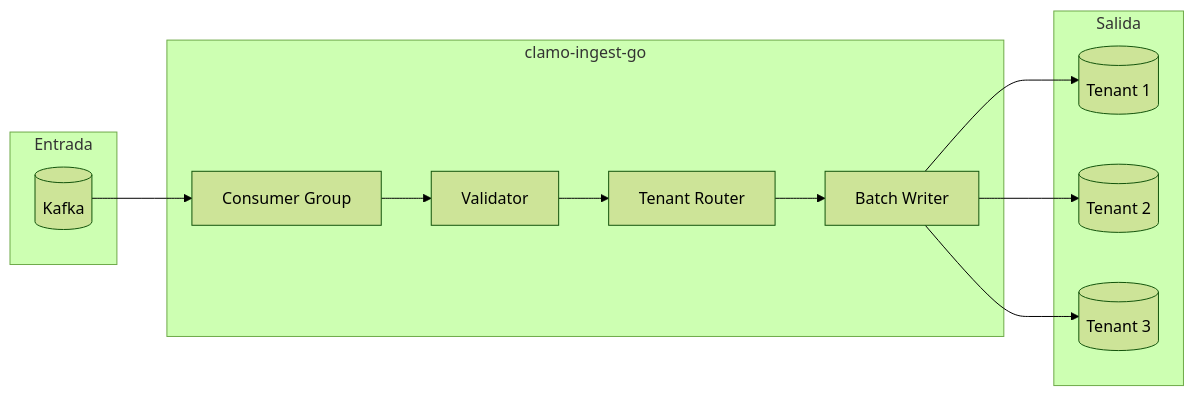
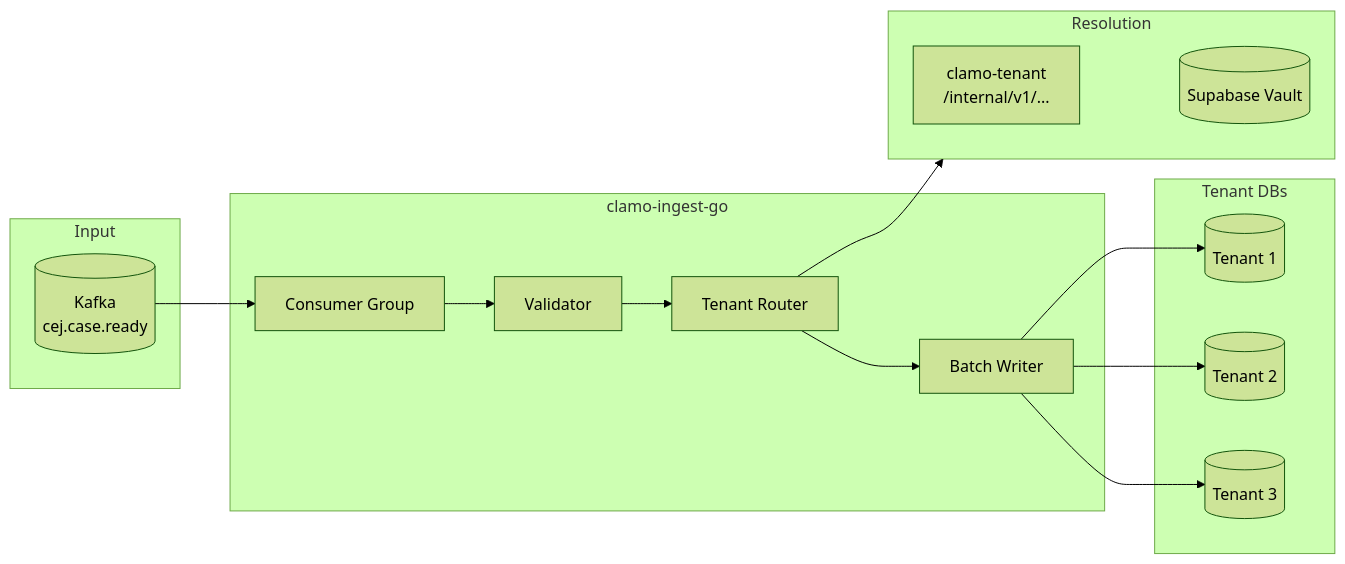
One commit to GetClamo/docs changed the diagram in en/services/clamo-ingest-go.mdx. Above: the diagram before and after it, drawn with Mermaid (forest theme). The commit also changed other lines of this file and 10 other files, not shown here.

First line of the commit message:
docs: update ask-clamo documentation to reflect unified architecture and profile integration

````diff
--- a/en/services/clamo-ingest-go.mdx
+++ b/en/services/clamo-ingest-go.mdx
@@ -21,27 +22,34 @@
 ```mermaid
 flowchart LR
-    subgraph Input [Entrada]
-        Kafka[(Kafka)]
+    subgraph Input [Input]
+        Kafka[(Kafka<br/>cej.case.ready)]
     end
     
     subgraph Worker [clamo-ingest-go]
         Consumer[Consumer Group]
         Validator[Validator]
         Router[Tenant Router]
         BatchWriter[Batch Writer]
     end
     
-    subgraph Output [Salida]
+    subgraph TenantSDK [Resolution]
+        TenantService[clamo-tenant<br/>/internal/v1/...]
+        Vault[(Supabase Vault)]
+    end
+    
+    subgraph Output [Tenant DBs]
         T1[(Tenant 1)]
         T2[(Tenant 2)]
         T3[(Tenant 3)]
     end
     
     Kafka --> Consumer
     Consumer --> Validator
     Validator --> Router
+    Router --> TenantSDK
+    TenantSDK --> Vault
     Router --> BatchWriter
     BatchWriter --> T1
     BatchWriter --> T2
     BatchWriter --> T3
 ```
````
